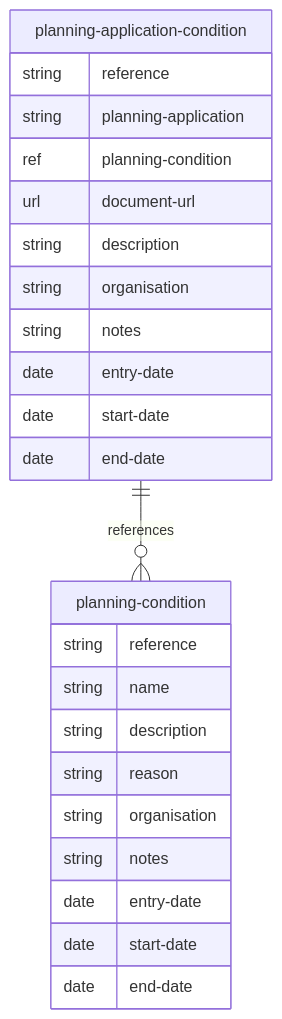
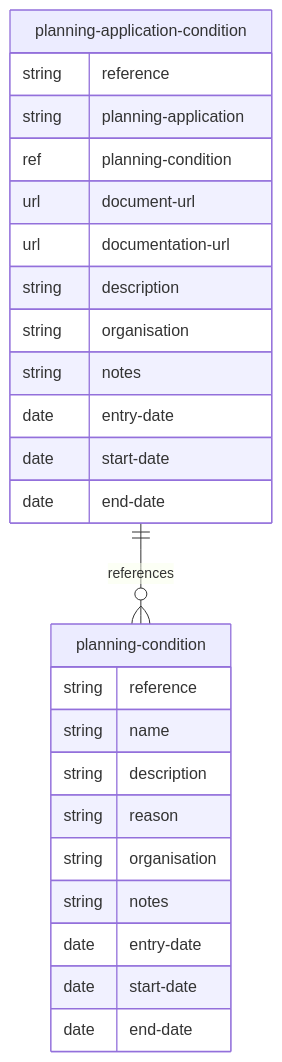
One commit to digital-land/specification changed the diagram in docs/mermaid/planning-condition.md. Above: the diagram before and after it, drawn with Mermaid. The commit also changed 8 other files, not shown here.

````diff
--- a/docs/mermaid/planning-condition.md
+++ b/docs/mermaid/planning-condition.md
@@ -4,27 +4,28 @@
 ```mermaid
 erDiagram
     planning-condition {
         string reference
         string name
         string description
         string reason
         string organisation
         string notes
         date entry-date
         date start-date
         date end-date
     }
     planning-application-condition {
         string reference
         string planning-application
         ref planning-condition
         url document-url
+        url documentation-url
         string description
         string organisation
         string notes
         date entry-date
         date start-date
         date end-date
     }
     planning-application-condition ||--o{ planning-condition : references
 ```
````
